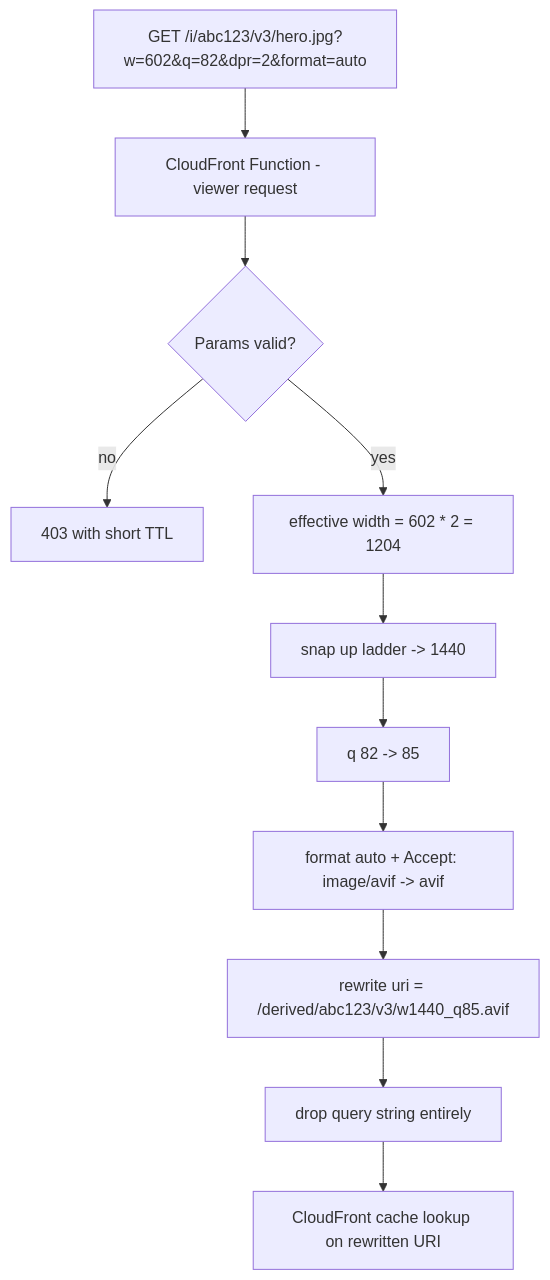
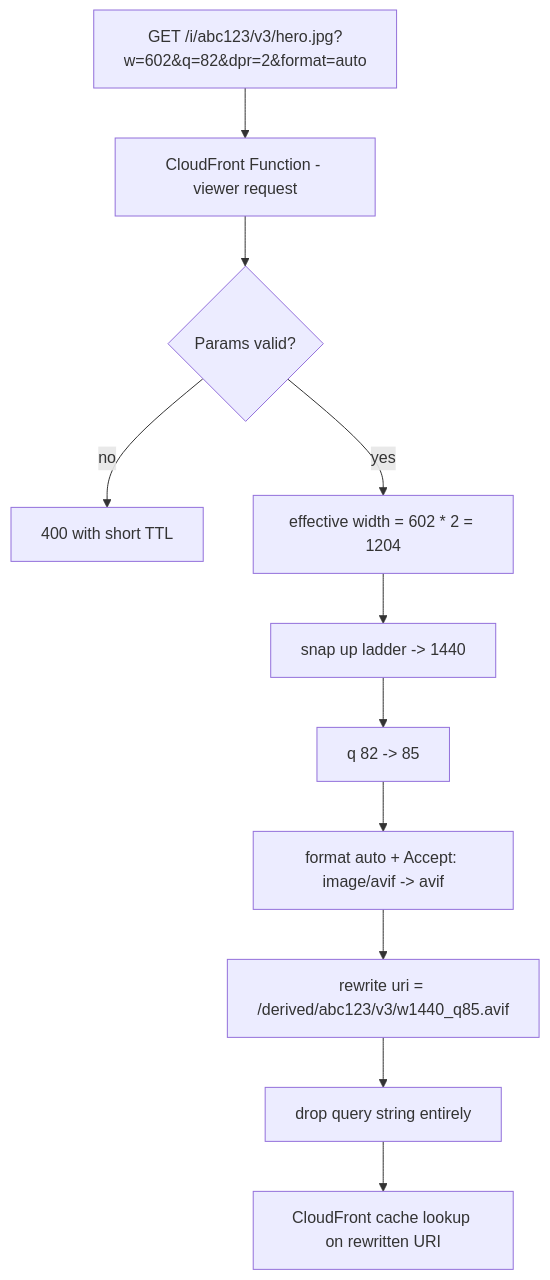
The third of 4 diagrams in openspec/changes/image-optimization-service/design.md (programmer-nur/image-optimization), drawn with Mermaid before and after one commit. The commit also changed other lines of this file and 84 other files, not shown here.

````diff
--- a/openspec/changes/image-optimization-service/design.md
+++ b/openspec/changes/image-optimization-service/design.md
@@ -214,13 +216,13 @@
 ```mermaid
 flowchart TD
     A["GET /i/abc123/v3/hero.jpg?w=602&q=82&dpr=2&format=auto"] --> B[CloudFront Function - viewer request]
     B --> C{Params valid?}
-    C -->|no| D["403 with short TTL"]
+    C -->|no| D["400 with short TTL"]
     C -->|yes| E["effective width = 602 * 2 = 1204"]
     E --> F["snap up ladder -> 1440"]
     F --> H["q 82 -> 85"]
     H --> I["format auto + Accept: image/avif -> avif"]
     I --> J["rewrite uri = /derived/abc123/v3/w1440_q85.avif"]
     J --> K["drop query string entirely"]
     K --> L[CloudFront cache lookup on rewritten URI]
 ```
````
